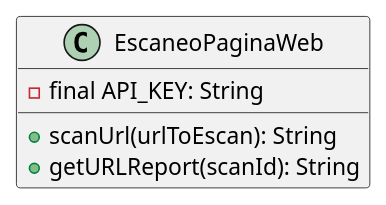
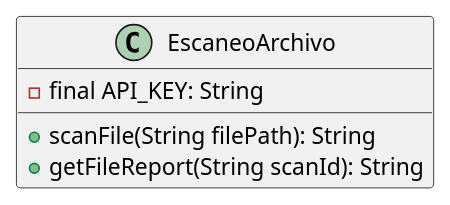
The diagram in pi-z/docs/diagramas/API Virus/EscaneoArchivo.puml (martinmorente/TrabajoProgramacion), drawn with PlantUML before and after one commit.

```diff
--- a/pi-z/docs/diagramas/API Virus/EscaneoArchivo.puml
+++ b/pi-z/docs/diagramas/API Virus/EscaneoArchivo.puml
@@ -1,7 +1,8 @@
 @startuml
-class EscaneoPaginaWeb{
+class EscaneoArchivo{
+
 	- final API_KEY: String
-	+ scanUrl(urlToEscan): String
-	+ getURLReport(scanId): String
+	+ scanFile(String filePath): String
+	+ getFileReport(String scanId): String
 }
 @enduml
```
